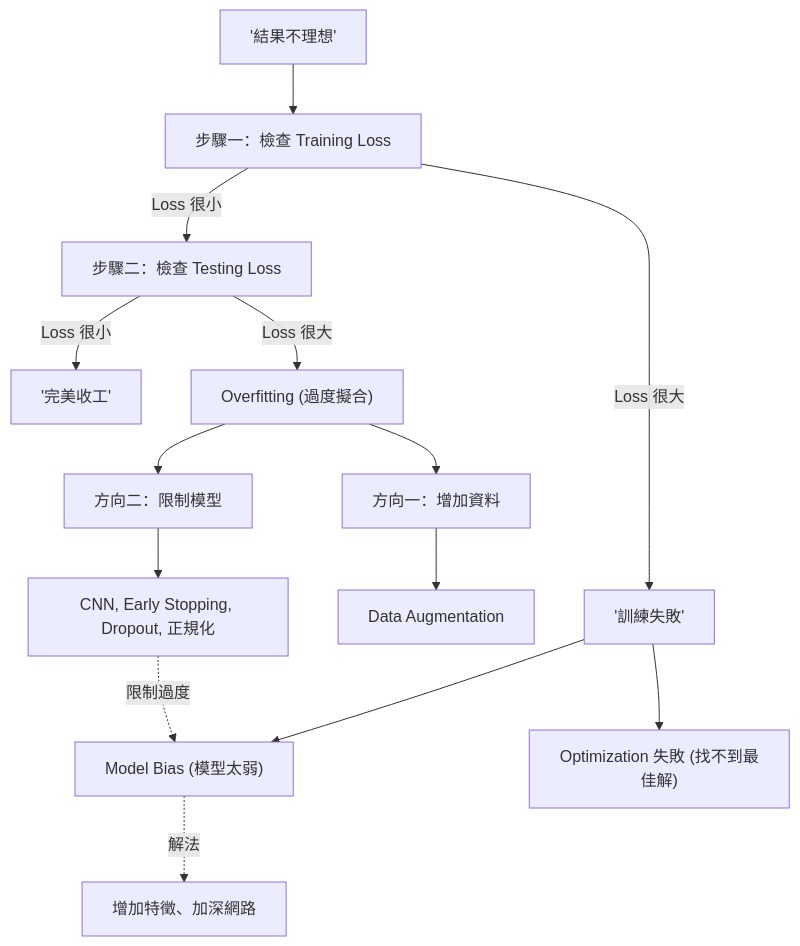
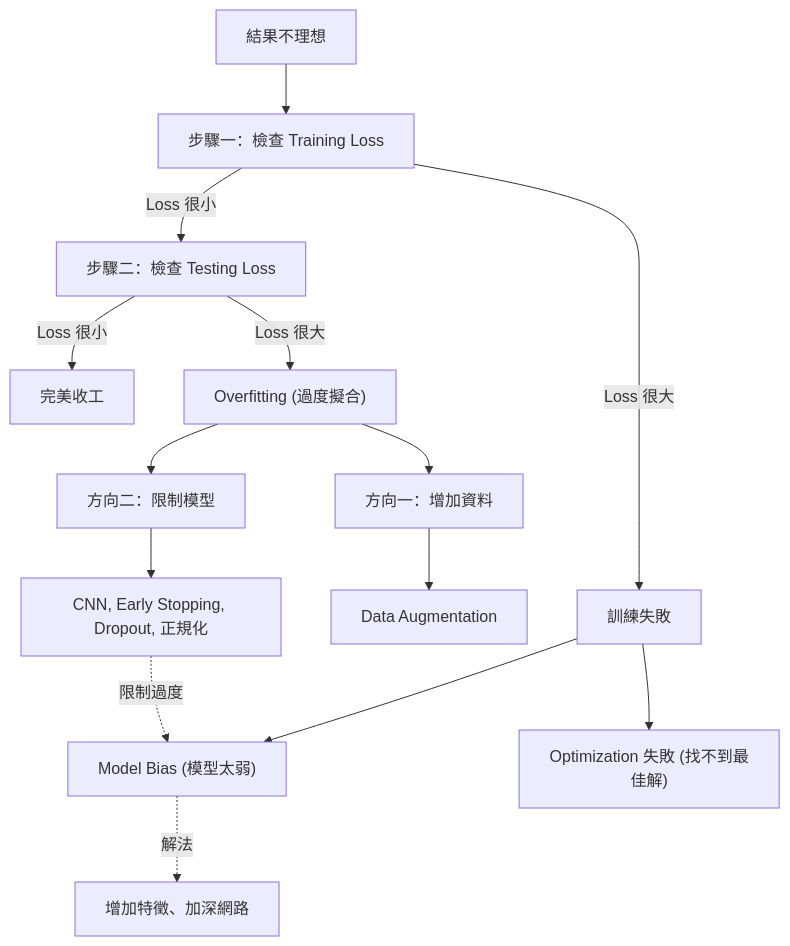
Before and after one commit to leo02311/ml2021-notes: the diagram in content/ml2021_video03_notes.md, drawn with Mermaid. The commit also changed other lines of this file and 21 other files, not shown here.

Commit message:
feat: implement Level 3 visualizations and fix LaTeX/Mermaid syntax

````diff
--- a/content/ml2021_video03_notes.md
+++ b/content/ml2021_video03_notes.md
@@ -68,21 +73,21 @@
 ```mermaid
 graph TD
-    Start["'結果不理想'"] --> CheckTrain["步驟一：檢查 Training Loss"]
+    Start["結果不理想"] --> CheckTrain["步驟一：檢查 Training Loss"]
     
-    CheckTrain -->|Loss 很大| TrainFail["'訓練失敗'"]
+    CheckTrain -->|Loss 很大| TrainFail["訓練失敗"]
     TrainFail --> Bias["Model Bias (模型太弱)"]
     TrainFail --> Opt["Optimization 失敗 (找不到最佳解)"]
     Bias -.->|解法| ModelUp["增加特徵、加深網路"]
     
     CheckTrain -->|Loss 很小| CheckTest["步驟二：檢查 Testing Loss"]
-    CheckTest -->|Loss 很小| Success["'完美收工'"]
+    CheckTest -->|Loss 很小| Success["完美收工"]
     CheckTest -->|Loss 很大| Overfit["Overfitting (過度擬合)"]
     
     Overfit --> Fix1["方向一：增加資料"]
     Fix1 --> Aug["Data Augmentation"]
     
     Overfit --> Fix2["方向二：限制模型"]
     Fix2 --> Constrain["CNN, Early Stopping, Dropout, 正規化"]
     
     Constrain -.->|限制過度| Bias
 ```
````
